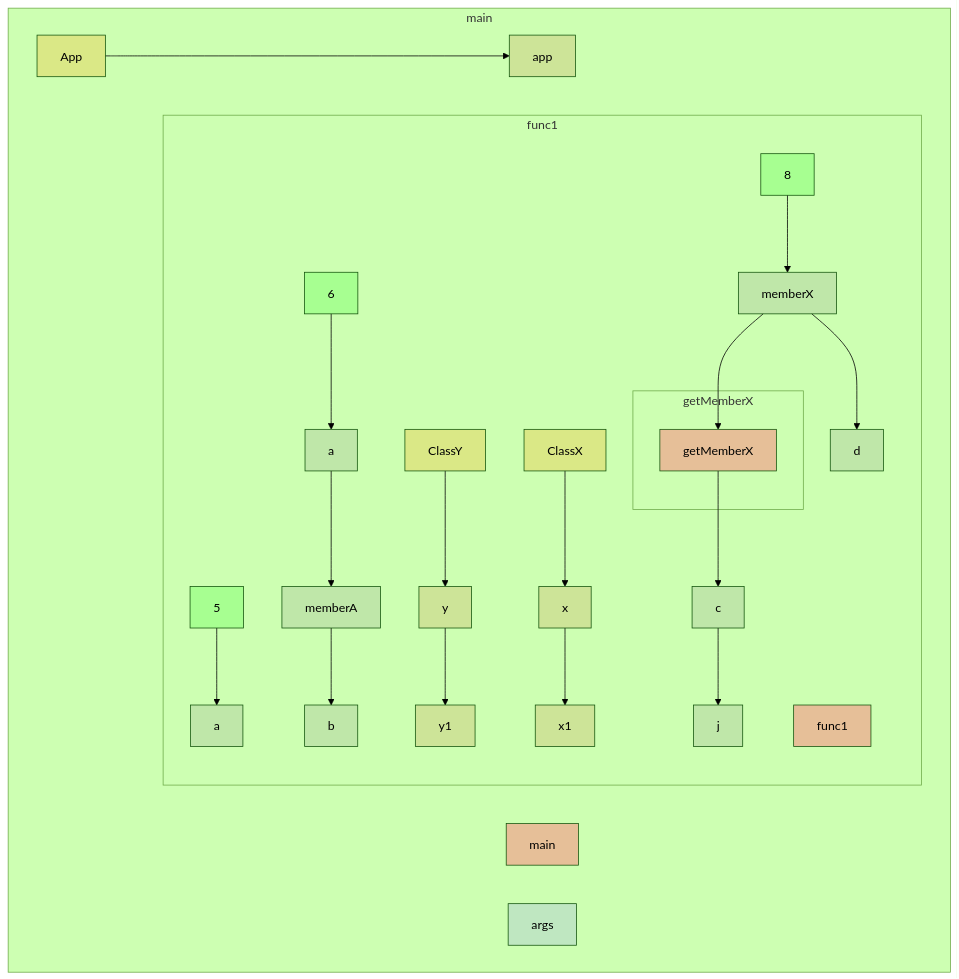
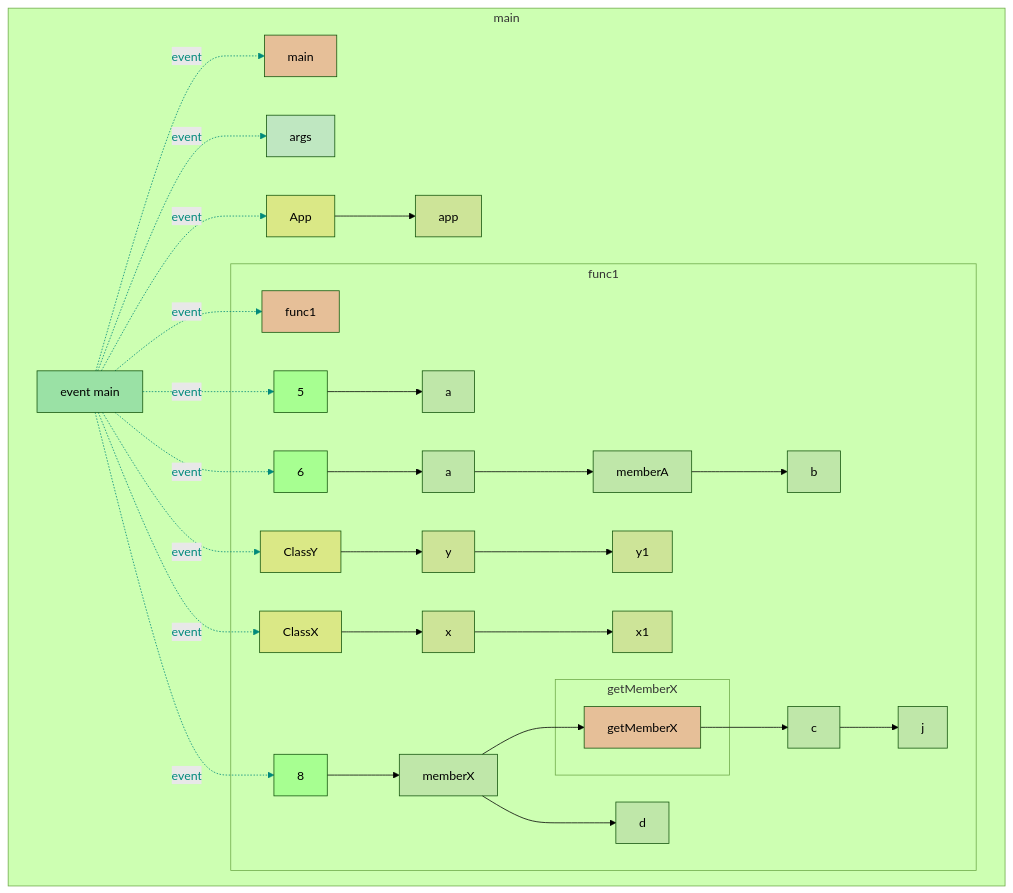
The diagram in app/src/test/resources/member/snapshot.md (gstiebler/codeflow), drawn with Mermaid (forest theme) before and after one commit. The commit also changed 77 other files, not shown here.

````diff
--- a/app/src/test/resources/member/snapshot.md
+++ b/app/src/test/resources/member/snapshot.md
@@ -1,53 +1,73 @@
 ```mermaid
 flowchart TD
   subgraph b0["main"]
-    n1[main]:::RETURN
-    n2[args]:::FUNC_PARAM
-    n3[App]:::EXTERNAL
-    n4[app]:::OBJ_VARIABLE
-    n3[App]:::EXTERNAL --> n4[app]:::OBJ_VARIABLE
-    subgraph b5["func1"]
-      n6[func1]:::RETURN
-      n7[5]:::LITERAL
-      n8[a]:::VARIABLE
-      n9[6]:::LITERAL
-      n10[a]:::VARIABLE
-      n11[memberA]:::VARIABLE
-      n12[b]:::VARIABLE
-      n13[ClassY]:::EXTERNAL
-      n14[y]:::OBJ_VARIABLE
-      n15[ClassX]:::EXTERNAL
-      n16[x]:::OBJ_VARIABLE
-      n17[8]:::LITERAL
-      n18[memberX]:::VARIABLE
-      n19[y1]:::OBJ_VARIABLE
-      n22[c]:::VARIABLE
-      n23[x1]:::OBJ_VARIABLE
-      n24[d]:::VARIABLE
-      n25[j]:::VARIABLE
-      n7[5]:::LITERAL --> n8[a]:::VARIABLE
-      n9[6]:::LITERAL --> n10[a]:::VARIABLE
-      n10[a]:::VARIABLE --> n11[memberA]:::VARIABLE
-      n11[memberA]:::VARIABLE --> n12[b]:::VARIABLE
-      n13[ClassY]:::EXTERNAL --> n14[y]:::OBJ_VARIABLE
-      n14[y]:::OBJ_VARIABLE --> n19[y1]:::OBJ_VARIABLE
-      n15[ClassX]:::EXTERNAL --> n16[x]:::OBJ_VARIABLE
-      n16[x]:::OBJ_VARIABLE --> n23[x1]:::OBJ_VARIABLE
-      n17[8]:::LITERAL --> n18[memberX]:::VARIABLE
-      n18[memberX]:::VARIABLE --> n21[getMemberX]:::RETURN
-      n18[memberX]:::VARIABLE --> n24[d]:::VARIABLE
-      n22[c]:::VARIABLE --> n25[j]:::VARIABLE
-      n21[getMemberX]:::RETURN --> n22[c]:::VARIABLE
-      subgraph b20["getMemberX"]
-        n21[getMemberX]:::RETURN
+    n1[event main]:::EVENT
+    n2[main]:::RETURN
+    n3[args]:::FUNC_PARAM
+    n4[App]:::EXTERNAL
+    n5[app]:::OBJ_VARIABLE
+    n1[event main]:::EVENT -. event .-> n2[main]:::RETURN
+    n1[event main]:::EVENT -. event .-> n3[args]:::FUNC_PARAM
+    n1[event main]:::EVENT -. event .-> n4[App]:::EXTERNAL
+    n1[event main]:::EVENT -. event .-> n7[func1]:::RETURN
+    n1[event main]:::EVENT -. event .-> n8[5]:::LITERAL
+    n1[event main]:::EVENT -. event .-> n10[6]:::LITERAL
+    n1[event main]:::EVENT -. event .-> n14[ClassY]:::EXTERNAL
+    n1[event main]:::EVENT -. event .-> n16[ClassX]:::EXTERNAL
+    n1[event main]:::EVENT -. event .-> n18[8]:::LITERAL
+    n4[App]:::EXTERNAL --> n5[app]:::OBJ_VARIABLE
+    subgraph b6["func1"]
+      n7[func1]:::RETURN
+      n8[5]:::LITERAL
+      n9[a]:::VARIABLE
+      n10[6]:::LITERAL
+      n11[a]:::VARIABLE
+      n12[memberA]:::VARIABLE
+      n13[b]:::VARIABLE
+      n14[ClassY]:::EXTERNAL
+      n15[y]:::OBJ_VARIABLE
+      n16[ClassX]:::EXTERNAL
+      n17[x]:::OBJ_VARIABLE
+      n18[8]:::LITERAL
+      n19[memberX]:::VARIABLE
+      n20[y1]:::OBJ_VARIABLE
+      n23[c]:::VARIABLE
+      n24[x1]:::OBJ_VARIABLE
+      n25[d]:::VARIABLE
+      n26[j]:::VARIABLE
+      n8[5]:::LITERAL --> n9[a]:::VARIABLE
+      n10[6]:::LITERAL --> n11[a]:::VARIABLE
+      n11[a]:::VARIABLE --> n12[memberA]:::VARIABLE
+      n12[memberA]:::VARIABLE --> n13[b]:::VARIABLE
+      n14[ClassY]:::EXTERNAL --> n15[y]:::OBJ_VARIABLE
+      n15[y]:::OBJ_VARIABLE --> n20[y1]:::OBJ_VARIABLE
+      n16[ClassX]:::EXTERNAL --> n17[x]:::OBJ_VARIABLE
+      n17[x]:::OBJ_VARIABLE --> n24[x1]:::OBJ_VARIABLE
+      n18[8]:::LITERAL --> n19[memberX]:::VARIABLE
+      n19[memberX]:::VARIABLE --> n22[getMemberX]:::RETURN
+      n19[memberX]:::VARIABLE --> n25[d]:::VARIABLE
+      n23[c]:::VARIABLE --> n26[j]:::VARIABLE
+      n22[getMemberX]:::RETURN --> n23[c]:::VARIABLE
+      subgraph b21["getMemberX"]
+        n22[getMemberX]:::RETURN
       end
     end
   end
+  linkStyle 0 stroke:#00897b,color:#00897b
+  linkStyle 1 stroke:#00897b,color:#00897b
+  linkStyle 2 stroke:#00897b,color:#00897b
+  linkStyle 3 stroke:#00897b,color:#00897b
+  linkStyle 4 stroke:#00897b,color:#00897b
+  linkStyle 5 stroke:#00897b,color:#00897b
+  linkStyle 6 stroke:#00897b,color:#00897b
+  linkStyle 7 stroke:#00897b,color:#00897b
+  linkStyle 8 stroke:#00897b,color:#00897b
   classDef LITERAL fill:#00FF0030
   classDef VARIABLE fill:#80808030
   classDef BIN_OP fill:#80808080
   classDef FUNC_PARAM fill:#8080FF30
   classDef RETURN fill:#FF808080
   classDef EXTERNAL fill:#FFA50040
   classDef UNMODELLED fill:#FF000030,stroke-dasharray: 4 2
+  classDef EVENT fill:#00897B40
 ```
````
